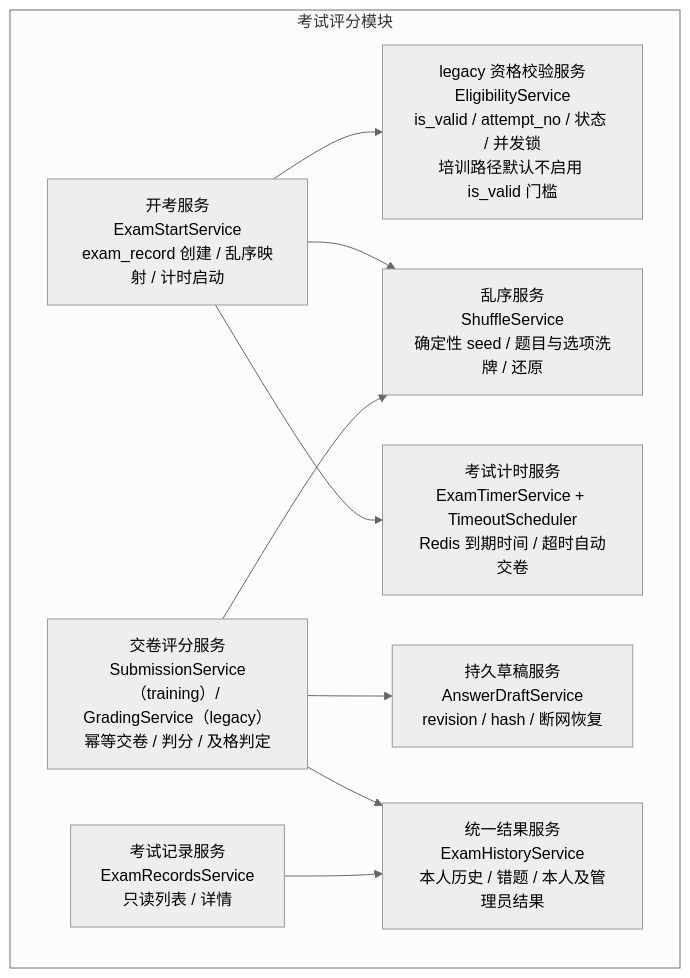
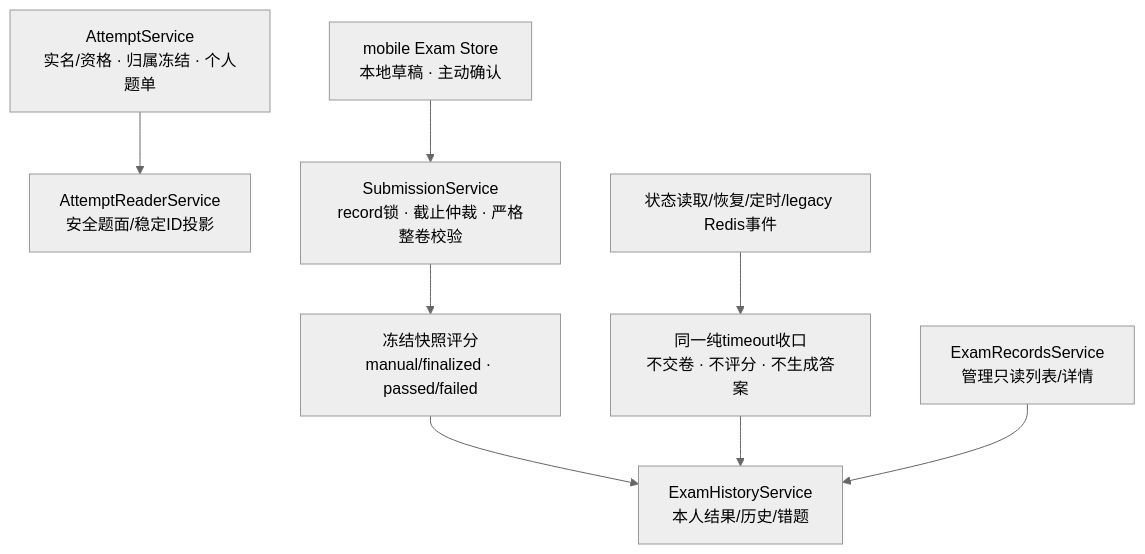
Diagram 15 of 16 in docs/design/05-模块设计.md (caoguanjie/emodor-exam), drawn with Mermaid (neutral theme) before and after one commit. The commit also changed other lines of this file and 302 other files, not shown here.

````diff
--- a/docs/design/05-模块设计.md
+++ b/docs/design/05-模块设计.md
@@ -993,20 +1052,10 @@
 ```mermaid
 graph TB
-    subgraph MOD5["考试评分模块"]
-        ELIG["legacy 资格校验服务<br/>EligibilityService<br/>is_valid / attempt_no / 状态 / 并发锁<br/>培训路径默认不启用 is_valid 门槛"]
-        START["开考服务<br/>ExamStartService<br/>exam_record 创建 / 乱序映射 / 计时启动"]
-        SHUFFLE["乱序服务<br/>ShuffleService<br/>确定性 seed / 题目与选项洗牌 / 还原"]
-        TIMER["考试计时服务<br/>ExamTimerService + TimeoutScheduler<br/>Redis 到期时间 / 超时自动交卷"]
-        ANS["持久草稿服务<br/>AnswerDraftService<br/>revision / hash / 断网恢复"]
-        GRADE["交卷评分服务<br/>SubmissionService（training）/ GradingService（legacy）<br/>幂等交卷 / 判分 / 及格判定"]
-        QUERY["统一结果服务<br/>ExamHistoryService<br/>本人历史 / 错题 / 本人及管理员结果"]
-        RECORDS["考试记录服务<br/>ExamRecordsService<br/>只读列表 / 详情"]
-    end
-    START --> ELIG
-    START --> SHUFFLE
-    START --> TIMER
-    GRADE --> ANS
-    GRADE --> SHUFFLE
-    GRADE --> QUERY
-    RECORDS --> QUERY
+    START["AttemptService<br/>实名/资格 · 归属冻结 · 个人题单"] --> READ["AttemptReaderService<br/>安全题面/稳定ID投影"]
+    MOBILE["mobile Exam Store<br/>本地草稿 · 主动确认"] --> SUB["SubmissionService<br/>record锁 · 截止仲裁 · 严格整卷校验"]
+    SUB --> GRADE["冻结快照评分<br/>manual/finalized · passed/failed"]
+    EXPIRE["状态读取/恢复/定时/legacy Redis事件"] --> TIMEOUT["同一纯timeout收口<br/>不交卷 · 不评分 · 不生成答案"]
+    GRADE --> HISTORY["ExamHistoryService<br/>本人结果/历史/错题"]
+    TIMEOUT --> HISTORY
+    ADMIN["ExamRecordsService<br/>管理只读列表/详情"] --> HISTORY
 ```
````
